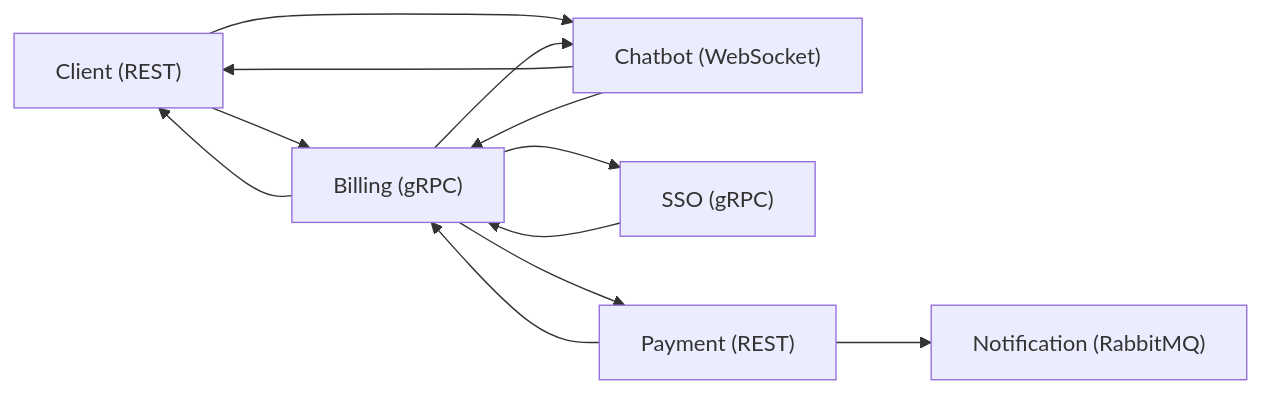
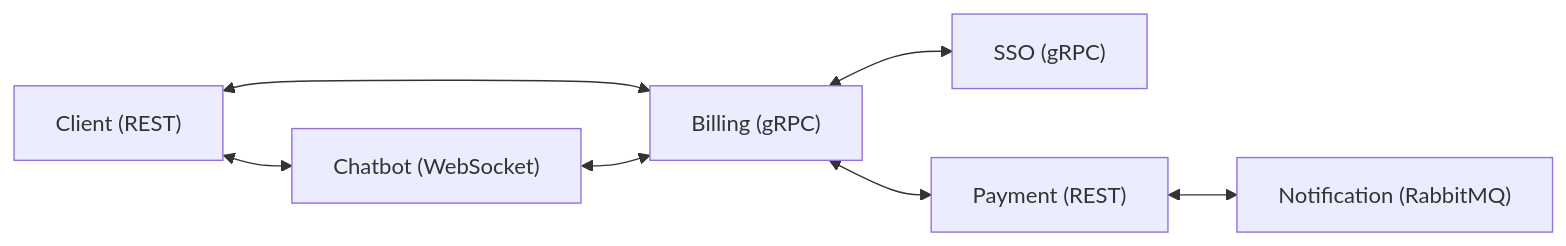
One commit to DarthanHawke/finance-system changed the diagram in README.md. Above: the diagram before and after it, drawn with Mermaid.

````diff
--- a/README.md
+++ b/README.md
@@ -43,25 +43,9 @@
 ```mermaid
 flowchart LR
-
-    Client["Client (REST)"] --> Billing["Billing (gRPC)"]
-
-    Client --> Chatbot["Chatbot (WebSocket)"]
-
-    Billing --> Client
-
-    Chatbot --> Client
-
-    Chatbot --> Billing["Billing (gRPC)"]
-
-    Billing --> Chatbot
-
-    Billing --> SSO["SSO (gRPC)"]
-
-    SSO --> Billing
-
-    Billing --> Payment["Payment (REST)"]
-
-    Payment --> Billing
-
-    Payment --> Notification["Notification (RabbitMQ)"]
+    Client["Client (REST)"] <--> Billing["Billing (gRPC)"]
+    Client <--> Chatbot["Chatbot (WebSocket)"]
+    Chatbot <--> Billing["Billing (gRPC)"]
+    Billing <--> SSO["SSO (gRPC)"]
+    Billing <--> Payment["Payment (REST)"]
+    Payment <--> Notification["Notification (RabbitMQ)"]
 ``` 
````
